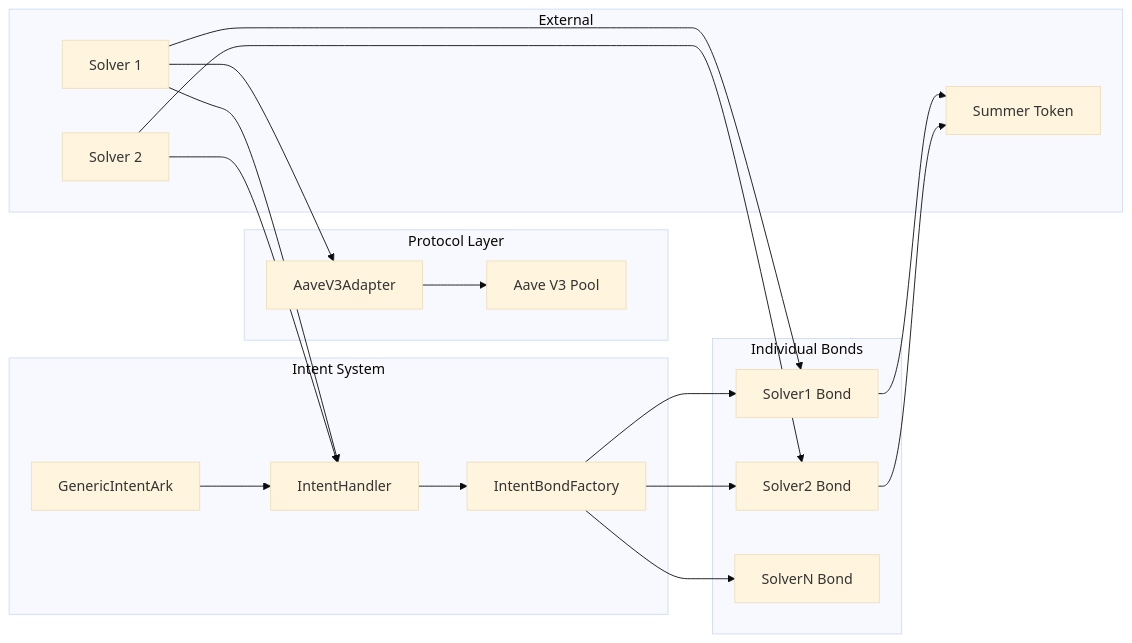
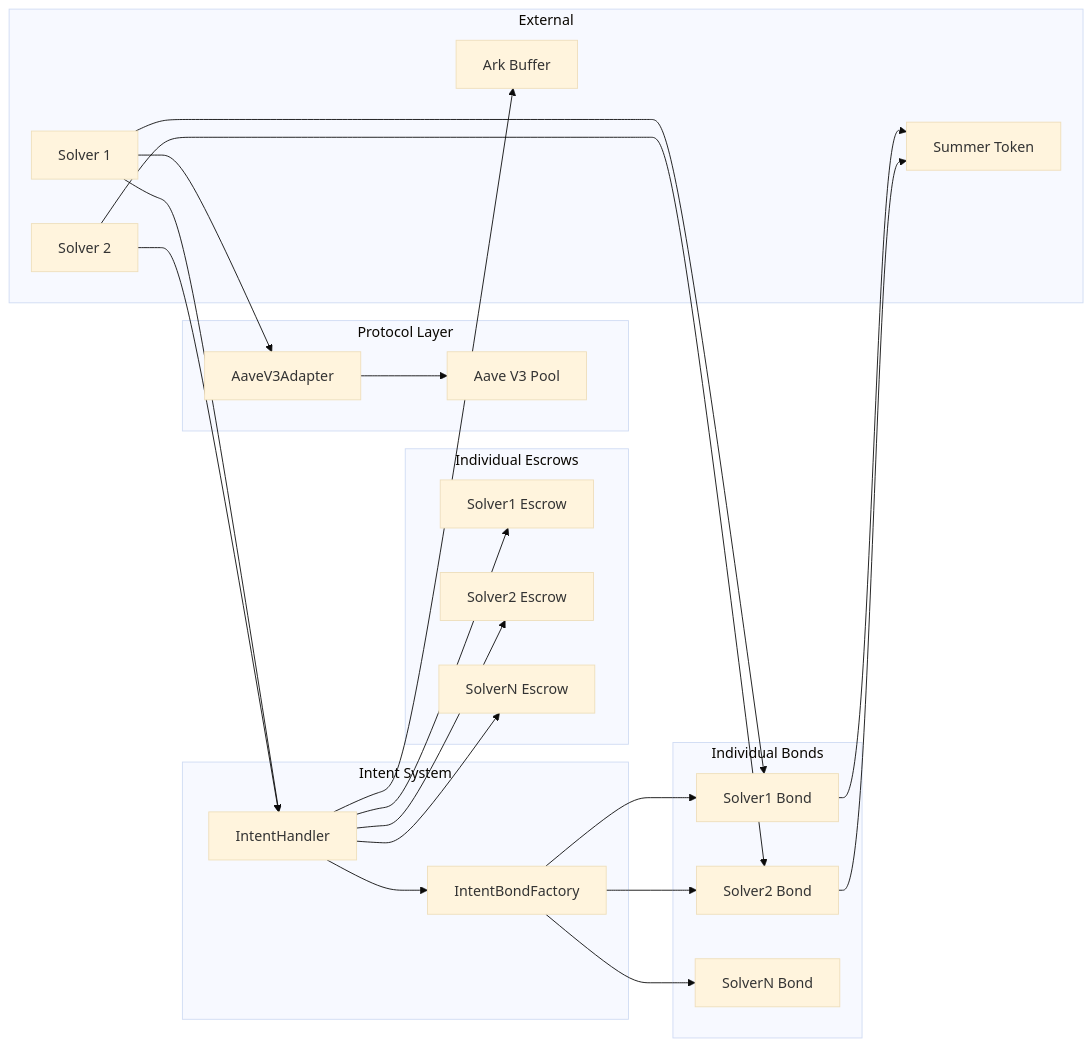
One commit to OasisDEX/summer-earn-protocol changed the second of 3 diagrams in packages/core-contracts/src/contracts/intent/README.md. Above: the diagram before and after it, drawn with Mermaid (base theme). The commit also changed other lines of this file and 1 other file, not shown here.

First line of the commit message:
refactor(intent-system): streamline IntentHandler and update README for clarity

````diff
--- a/packages/core-contracts/src/contracts/intent/README.md
+++ b/packages/core-contracts/src/contracts/intent/README.md
@@ -130,39 +141,48 @@
 ```mermaid
 graph LR
     subgraph "Intent System"
-        Ark[GenericIntentArk]
         Handler[IntentHandler]
         Factory[IntentBondFactory]
     end
     
     subgraph "Individual Bonds"
         Bond1[Solver1 Bond]
         Bond2[Solver2 Bond]
         BondN[SolverN Bond]
+    end
+    
+    subgraph "Individual Escrows"
+        Escrow1[Solver1 Escrow]
+        Escrow2[Solver2 Escrow]
+        EscrowN[SolverN Escrow]
     end
     
     subgraph "Protocol Layer"
         Adapter[AaveV3Adapter]
         Protocol[Aave V3 Pool]
     end
     
     subgraph "External"
         Solver1[Solver 1]
         Solver2[Solver 2]
         Summer[Summer Token]
+        Ark[Ark Buffer]
     end
     
-    Ark --> Handler
     Handler --> Factory
     Factory --> Bond1
     Factory --> Bond2
     Factory --> BondN
+    Handler --> Escrow1
+    Handler --> Escrow2
+    Handler --> EscrowN
     Solver1 --> Bond1
     Solver2 --> Bond2
     Solver1 --> Handler
     Solver2 --> Handler
     Solver1 --> Adapter
     Adapter --> Protocol
     Bond1 --> Summer
     Bond2 --> Summer
+    Handler --> Ark
 ```
````
